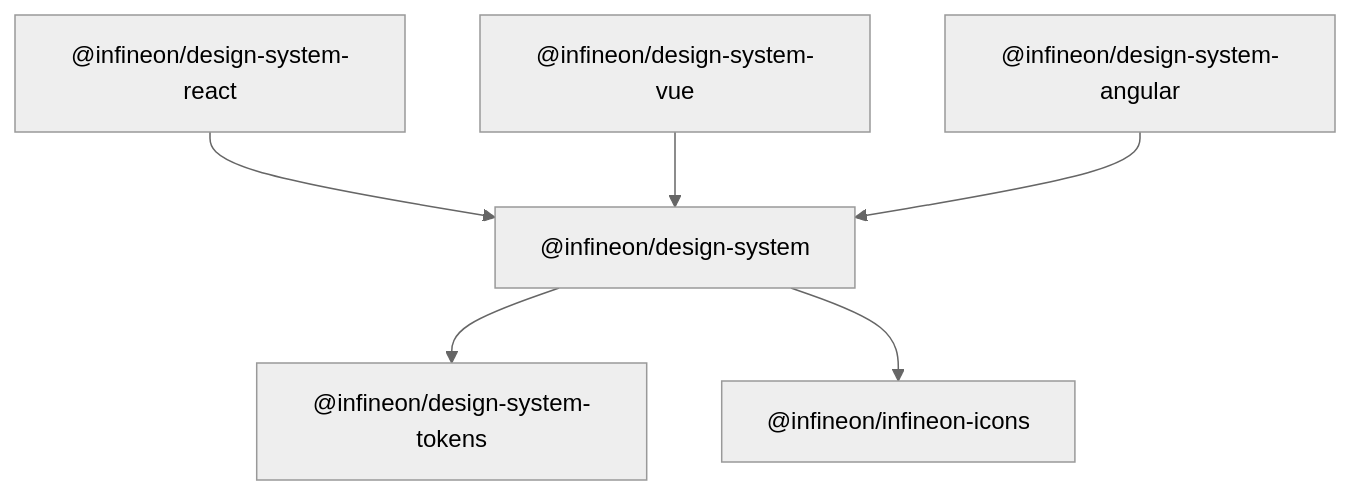
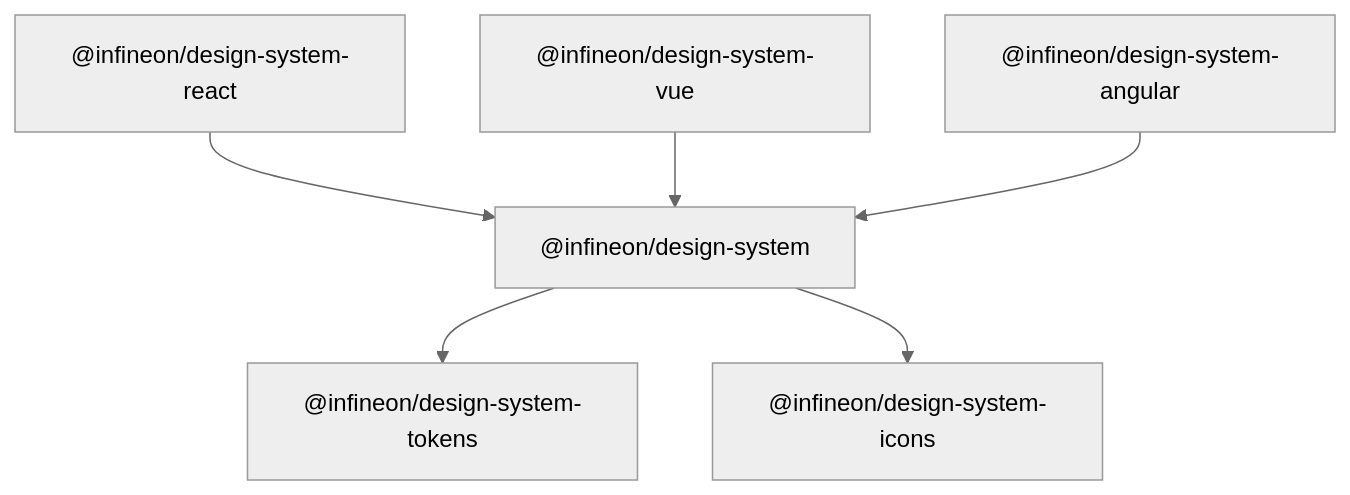
Before and after one commit to Infineon/infineon-design-system-stencil: the second of 5 diagrams in docs/ARCHITECTURE.md, drawn with Mermaid (neutral theme). The commit also changed other lines of this file and 28 other files, not shown here.

````diff
--- a/docs/ARCHITECTURE.md
+++ b/docs/ARCHITECTURE.md
@@ -28,8 +28,8 @@
 ```mermaid
 flowchart TD
   react["@infineon/design-system-react"] --> stencil["@infineon/design-system"]
   vue["@infineon/design-system-vue"] --> stencil
   angular["@infineon/design-system-angular"] --> stencil
   stencil --> tokens["@infineon/design-system-tokens"]
-  stencil --> icons["@infineon/infineon-icons"]
+  stencil --> icons["@infineon/design-system-icons"]
 ```
````
